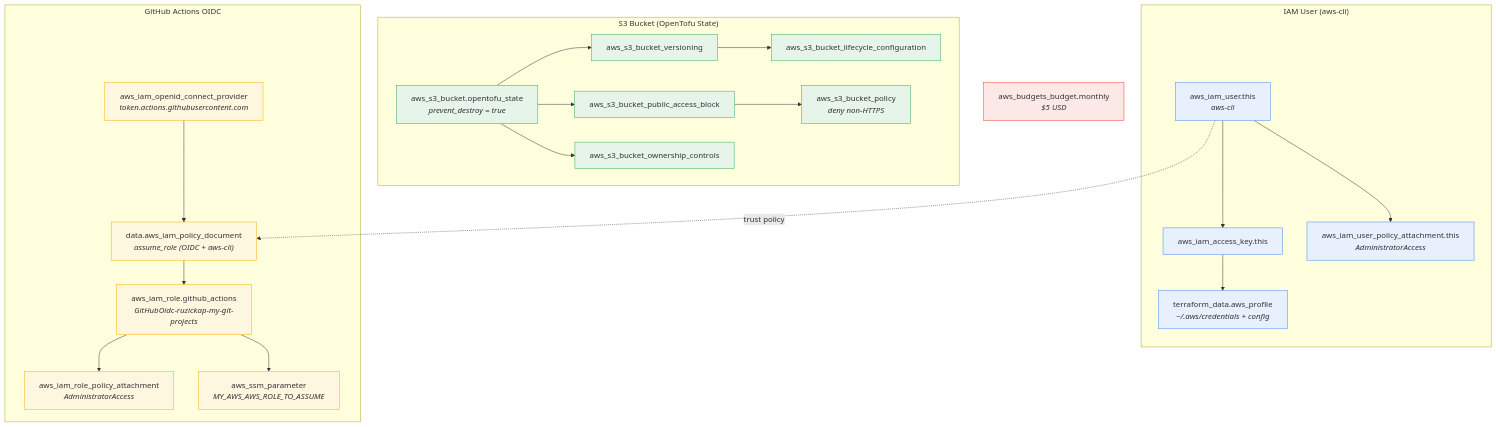
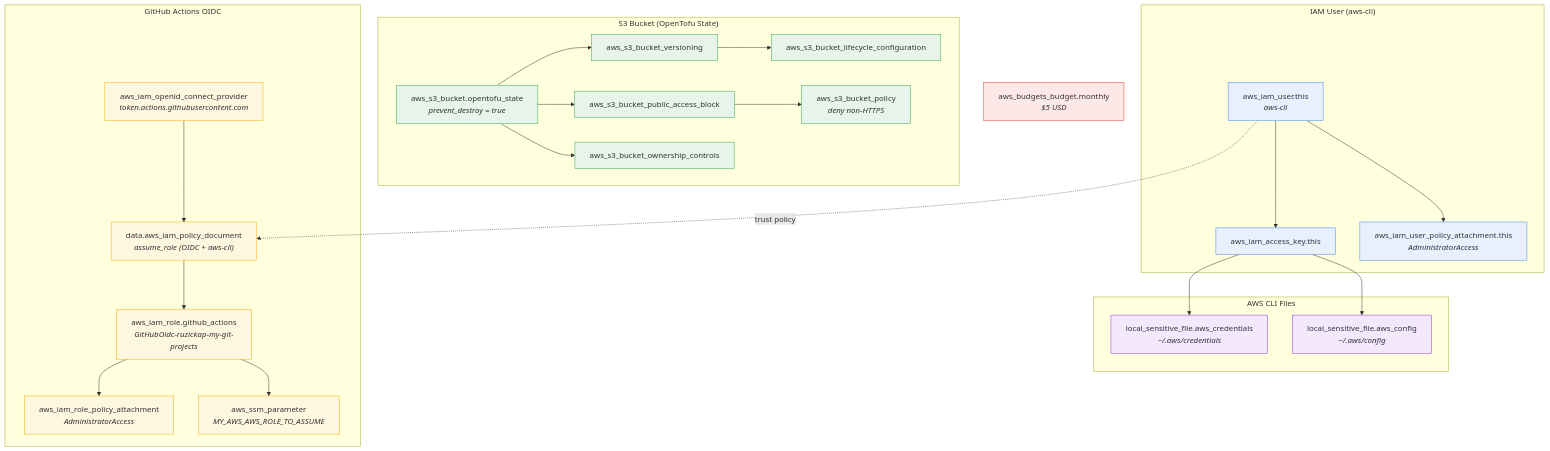
The first of 2 diagrams in opentofu/aws/README.md (ruzickap/my-git-projects), drawn with Mermaid before and after one commit. The commit also changed other lines of this file and 5 other files, not shown here.

Commit message:
feat: add AWS CLI configuration management and input variables

````diff
--- a/opentofu/aws/README.md
+++ b/opentofu/aws/README.md
@@ -29,54 +32,61 @@
 ```mermaid
 flowchart TD
     subgraph iam_user ["IAM User (aws-cli)"]
         user["aws_iam_user.this<br/><i>aws-cli</i>"]
         key["aws_iam_access_key.this"]
         policy_attach["aws_iam_user_policy_attachment.this<br/><i>AdministratorAccess</i>"]
-        profile["terraform_data.aws_profile<br/><i>~/.aws/credentials + config</i>"]
+    end
+
+    subgraph aws_files ["AWS CLI Files"]
+        creds["local_sensitive_file.aws_credentials<br/><i>~/.aws/credentials</i>"]
+        config["local_sensitive_file.aws_config<br/><i>~/.aws/config</i>"]
     end
 
     user --> key
     user --> policy_attach
-    key --> profile
+    key --> creds
+    key --> config
 
     subgraph s3 ["S3 Bucket (OpenTofu State)"]
         bucket["aws_s3_bucket.opentofu_state<br/><i>prevent_destroy = true</i>"]
         versioning["aws_s3_bucket_versioning"]
         public_access["aws_s3_bucket_public_access_block"]
         ownership["aws_s3_bucket_ownership_controls"]
         lifecycle["aws_s3_bucket_lifecycle_configuration"]
         bucket_policy["aws_s3_bucket_policy<br/><i>deny non-HTTPS</i>"]
     end
 
     bucket --> versioning
     bucket --> public_access
     bucket --> ownership
     versioning --> lifecycle
     public_access --> bucket_policy
 
     subgraph oidc ["GitHub Actions OIDC"]
         oidc_provider["aws_iam_openid_connect_provider<br/><i>token.actions.githubusercontent.com</i>"]
         assume_doc["data.aws_iam_policy_document<br/><i>assume_role (OIDC + aws-cli)</i>"]
         role["aws_iam_role.github_actions<br/><i>GitHubOidc-ruzickap-my-git-projects</i>"]
         role_policy_attach["aws_iam_role_policy_attachment<br/><i>AdministratorAccess</i>"]
         ssm_param["aws_ssm_parameter<br/><i>MY_AWS_AWS_ROLE_TO_ASSUME</i>"]
     end
 
     oidc_provider --> assume_doc
     user -.->|trust policy| assume_doc
     assume_doc --> role
     role --> role_policy_attach
     role --> ssm_param
 
     budget["aws_budgets_budget.monthly<br/><i>$5 USD</i>"]
 
     classDef iam fill:#e8f0fe,stroke:#4285f4
+    classDef files fill:#f3e8fd,stroke:#9334e6
     classDef storage fill:#e6f4ea,stroke:#34a853
     classDef oidcStyle fill:#fef7e0,stroke:#f9ab00
     classDef standalone fill:#fce8e6,stroke:#ea4335
 
-    class user,key,policy_attach,profile iam
+    class user,key,policy_attach iam
+    class creds,config files
     class bucket,versioning,public_access,ownership,lifecycle,bucket_policy storage
     class oidc_provider,assume_doc,role,role_policy_attach,ssm_param oidcStyle
     class budget standalone
 ```
````
